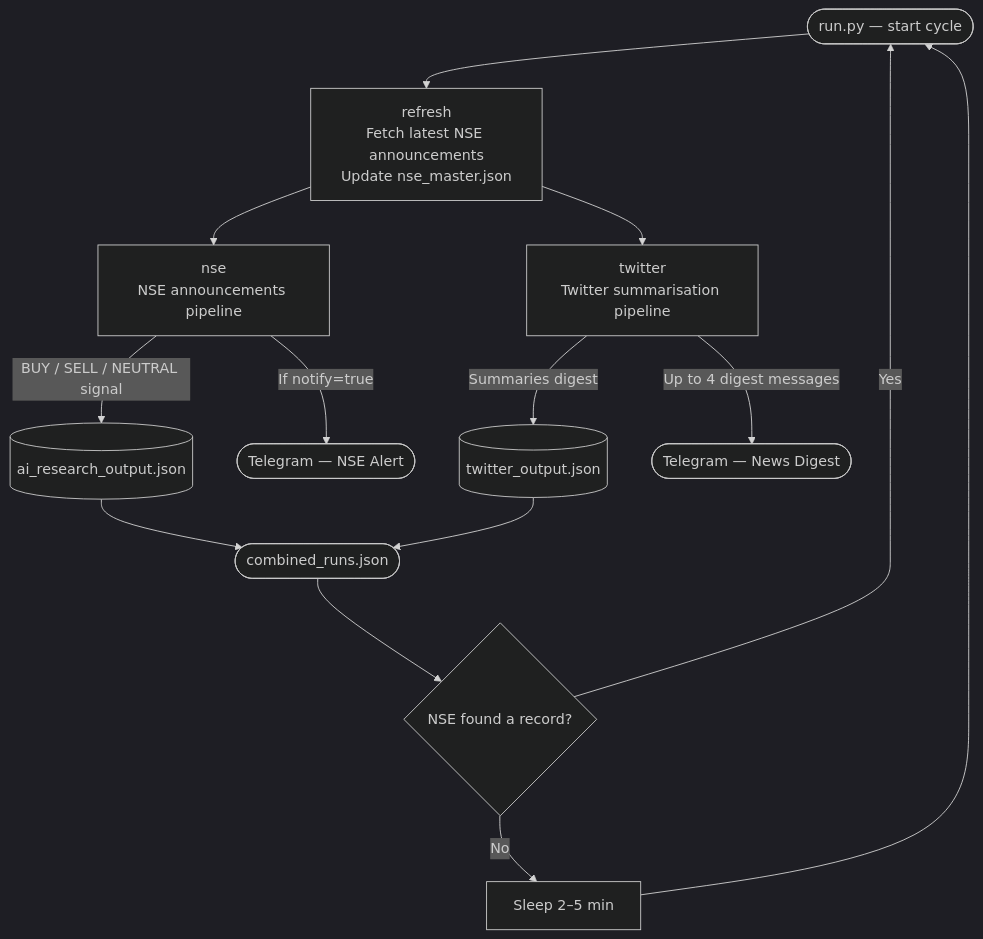
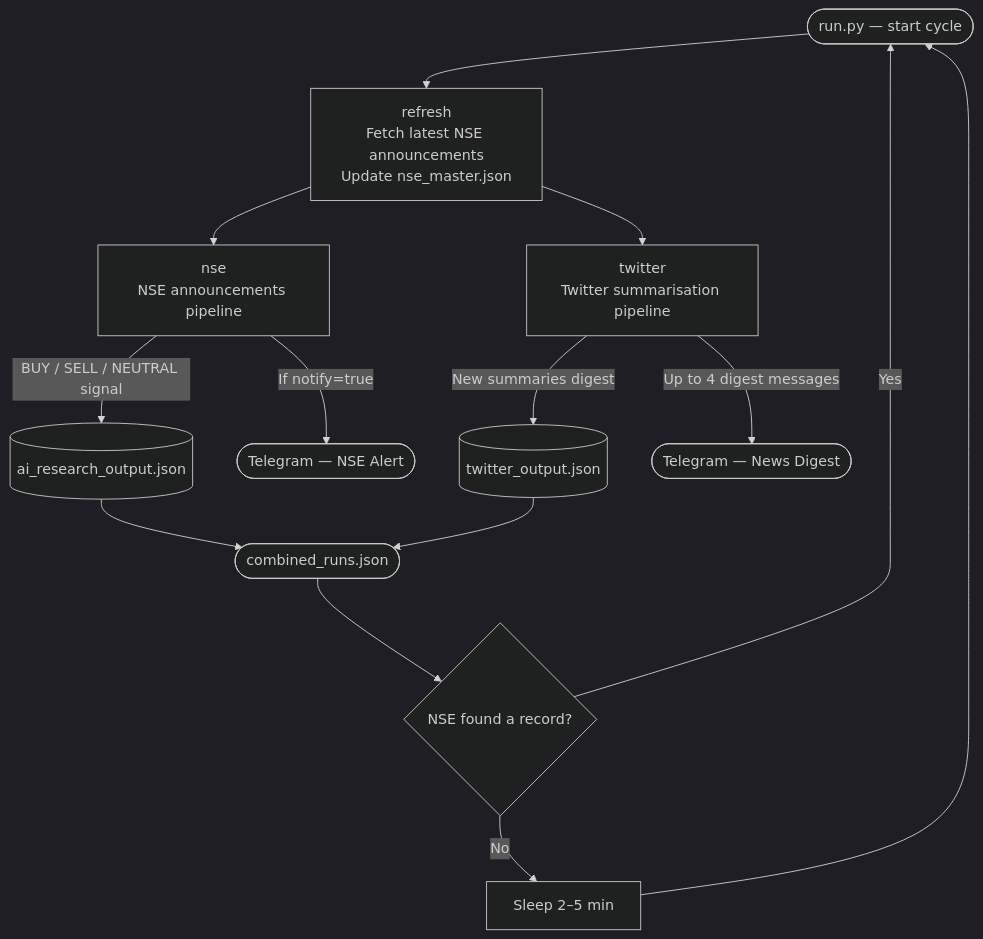
The first of 3 diagrams in README.md (vardhichandra1-dev/ai-trading-agent), drawn with Mermaid (dark theme) before and after one commit. The commit also changed other lines of this file and 8 other files, not shown here.

````diff
--- a/README.md
+++ b/README.md
@@ -38,21 +39,21 @@
 ```mermaid
 flowchart TD
     A([run.py — start cycle]) --> B[refresh\nFetch latest NSE announcements\nUpdate nse_master.json]
 
     B --> C[nse\nNSE announcements pipeline]
     B --> D[twitter\nTwitter summarisation pipeline]
 
     C -->|BUY / SELL / NEUTRAL signal| E[(ai_research_output.json)]
     C -->|If notify=true| F([Telegram — NSE Alert])
 
-    D -->|Summaries digest| G[(twitter_output.json)]
+    D -->|New summaries digest| G[(twitter_output.json)]
     D -->|Up to 4 digest messages| H([Telegram — News Digest])
 
     E --> I([combined_runs.json])
     G --> I
 
     I --> J{NSE found a record?}
     J -- Yes --> A
     J -- No --> K[Sleep 2–5 min]
     K --> A
 ```
````
